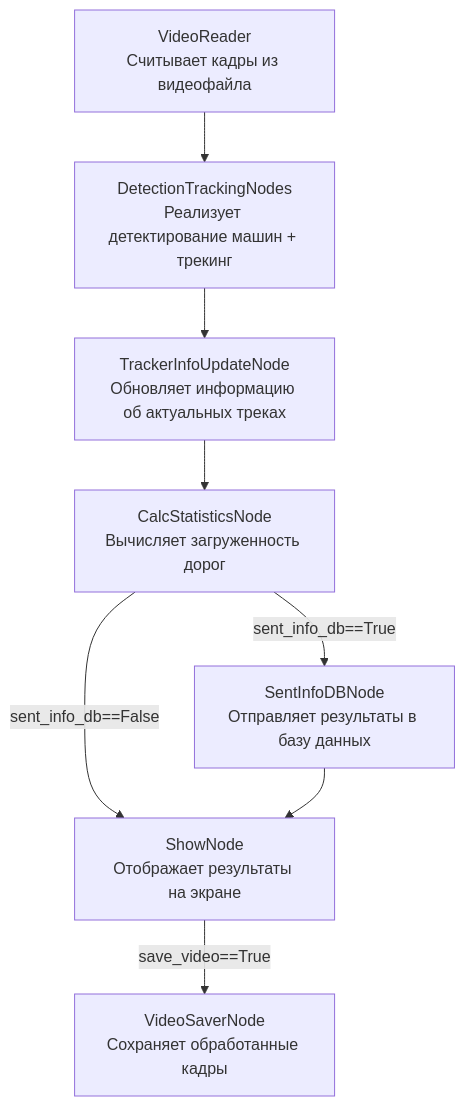
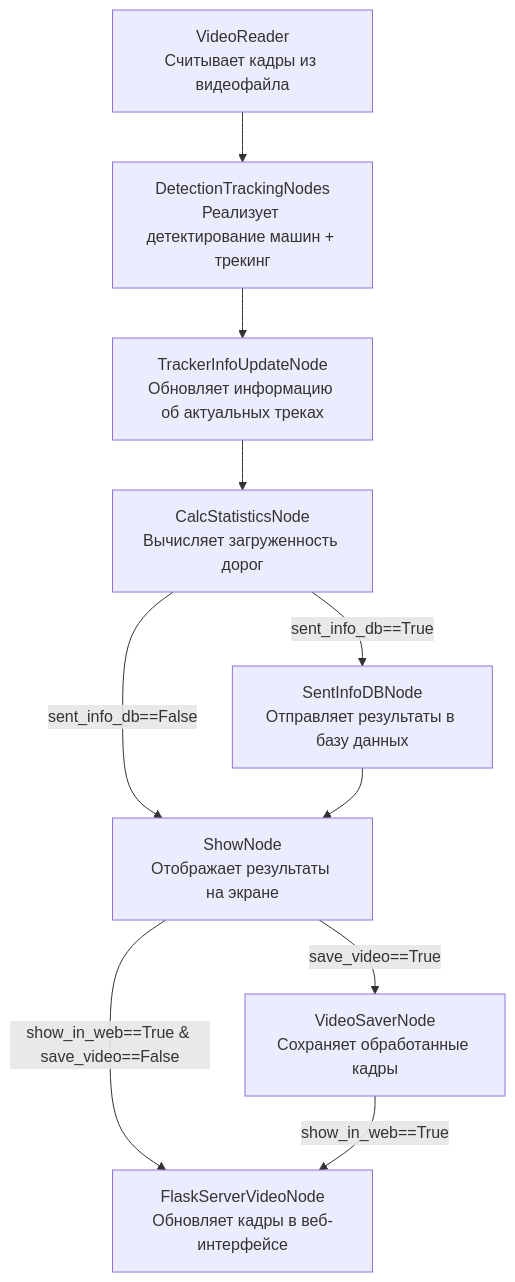
Before and after one commit to Koldim2001/TrafficAnalyzer: the diagram in README.md, drawn with Mermaid.

Commit message:
new graph

````diff
--- a/README.md
+++ b/README.md
@@ -94,10 +94,12 @@
 ```mermaid
 graph TD;
     A["VideoReader<br>Считывает кадры из видеофайла"] --> B["DetectionTrackingNodes<br>Реализует детектирование машин + трекинг"];
     B --> C["TrackerInfoUpdateNode<br>Обновляет информацию об актуальных треках"];
     C --> D["CalcStatisticsNode<br>Вычисляет загруженность дорог"];
     D --sent_info_db==False --> F;
     D --sent_info_db==True --> E["SentInfoDBNode<br>Отправляет результаты в базу данных"];
     E --> F["ShowNode<br>Отображает результаты на экране"];
     F --save_video==True --> H["VideoSaverNode<br>Сохраняет обработанные кадры"];
+    F --show_in_web==True & save_video==False --> L["FlaskServerVideoNode<br>Обновляет кадры в веб-интерфейсе"];
+    H --show_in_web==True --> L
 ```
````
